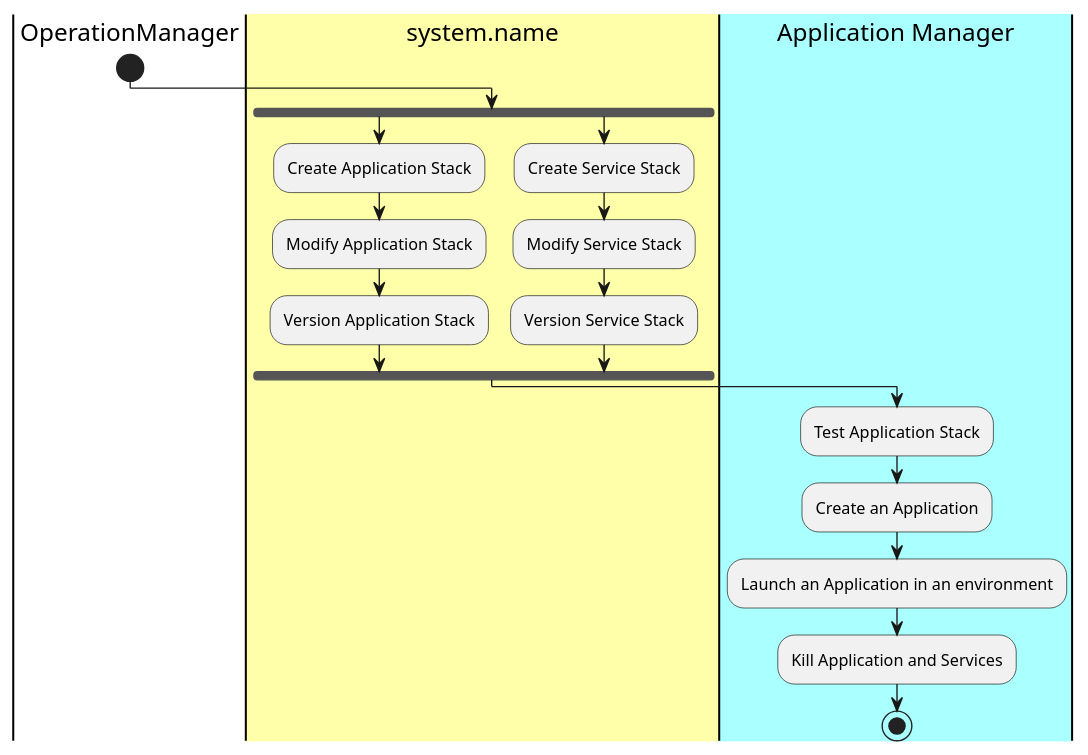
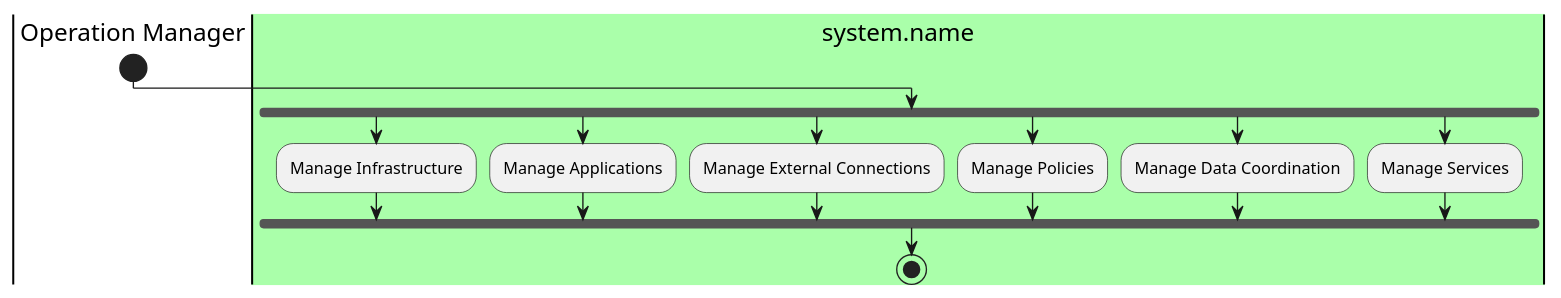
One commit to CAADE/ADC changed the diagram in docs/Actors/Operations-Manager/Workflow.puml. Above: the diagram before and after it, drawn with PlantUML. The commit also changed 156 other files, not shown here.

```diff
--- a/docs/Actors/Operations-Manager/Workflow.puml
+++ b/docs/Actors/Operations-Manager/Workflow.puml
@@ -1,20 +1,19 @@
 @startuml
-|OperationManager|
+|Operation Manager|
 start
-|#ffffaa|system.name|
+|#aaffaa|system.name|
 fork
-:Create Application Stack;
-:Modify Application Stack;
-:Version Application Stack;
+:Manage Infrastructure;
 fork again
-:Create Service Stack;
-:Modify Service Stack;
-:Version Service Stack;
+:Manage Applications;
+fork again
+:Manage External Connections;
+fork again
+:Manage Policies;
+fork again
+:Manage Data Coordination;
+fork again
+:Manage Services;
 fork end
-|#aaffff|Application Manager|
-:Test Application Stack;
-:Create an Application;
-:Launch an Application in an environment;
-:Kill Application and Services;
 stop
 @enduml
```
